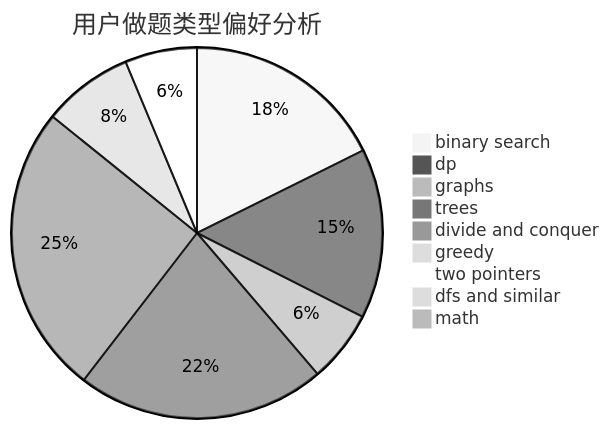
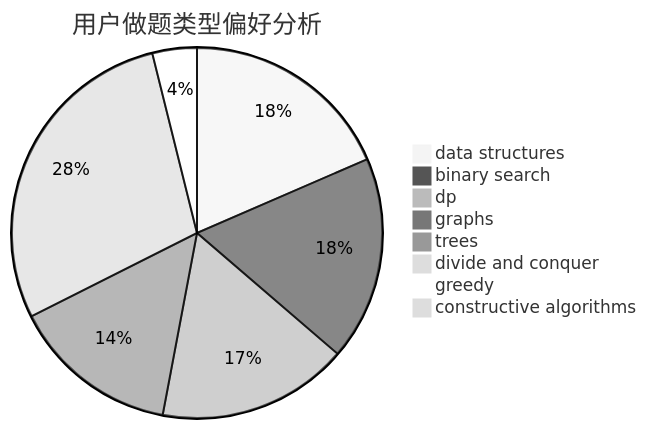
The second of 3 diagrams in docs/user/u808.md (sherpahu/cfrs.github.io), drawn with Mermaid (neutral theme) before and after one commit. The commit also changed other lines of this file and 2775 other files, not shown here.

````diff
--- a/docs/user/u808.md
+++ b/docs/user/u808.md
@@ -23,12 +23,11 @@
 ```mermaid
 pie title 用户做题类型偏好分析
-    "binary search" :  87
+    "data structures" :  81
+    "binary search" :  78
     "dp" :  73
-    "graphs" :  31
-    "trees" :  107
+    "graphs" :  0
+    "trees" :  64
     "divide and conquer" :  125
-    "greedy" :  39
-    "two pointers" :  31
-    "dfs and similar" :  1
-    "math" :  1
+    "greedy" :  17
+    "constructive algorithms" :  4
 ```
````
